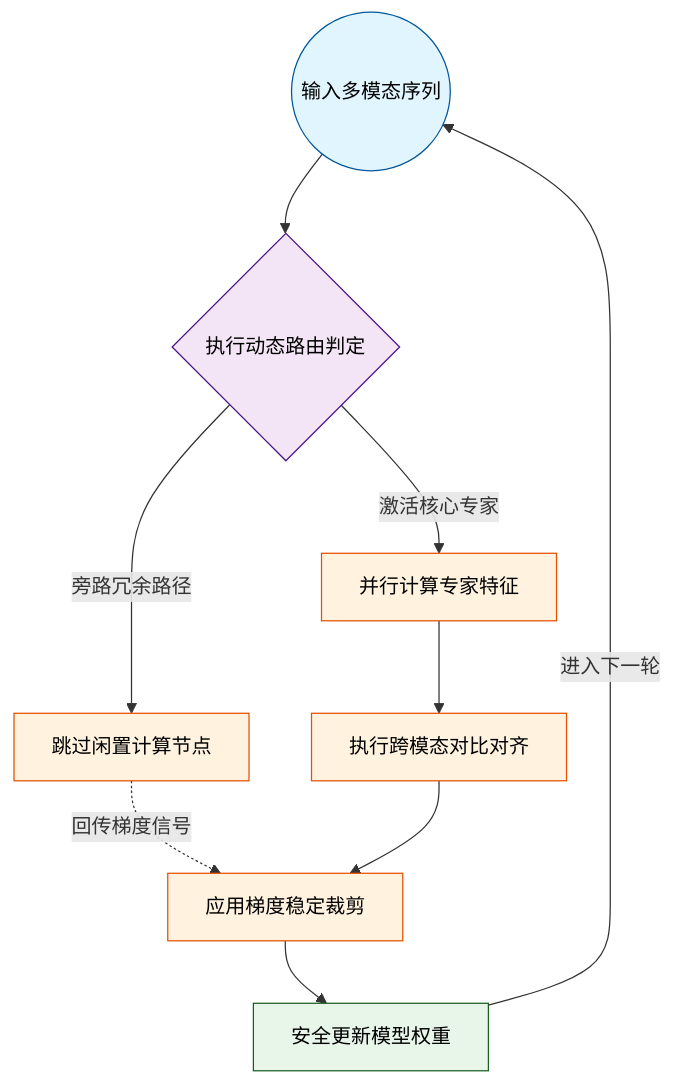
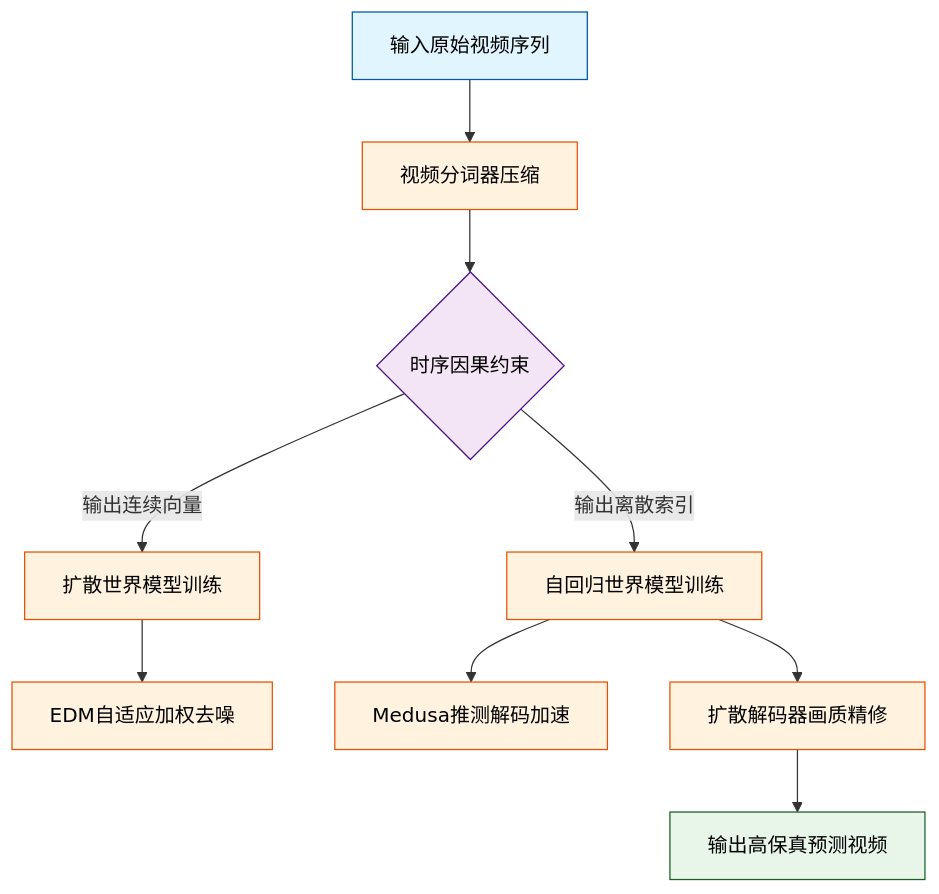
The second of 11 diagrams in person_vault/2026-06-08_CosmosWorldFoundationModelPlatformForPhysicalAI_2501.03575/report.md (ShinewineW/paper-rolling), drawn with Mermaid before and after one commit. The commit also changed other lines of this file and 51 other files, not shown here.

````diff
--- a/person_vault/2026-06-08_CosmosWorldFoundationModelPlatformForPhysicalAI_2501.03575/report.md
+++ b/person_vault/2026-06-08_CosmosWorldFoundationModelPlatformForPhysicalAI_2501.03575/report.md
@@ -92,16 +113,16 @@
 ```mermaid
 flowchart TD
-    classDef input fill:#e1f5fe,stroke:#01579b,color:#000;
-    classDef process fill:#fff3e0,stroke:#e65100,color:#000;
-    classDef output fill:#e8f5e9,stroke:#1b5e20,color:#000;
-    classDef decision fill:#f3e5f5,stroke:#4a148c,color:#000;
+    classDef input fill:#e1f5fe,color:#000,stroke:#01579b
+    classDef process fill:#fff3e0,color:#000,stroke:#e65100
+    classDef decision fill:#f3e5f5,color:#000,stroke:#4a148c
+    classDef output fill:#e8f5e9,color:#000,stroke:#1b5e20
 
-    start_node((输入多模态序列)):::input --> route_gate{执行动态路由判定}:::decision
-    route_gate -->|激活核心专家| expert_compute["并行计算专家特征"]:::process
-    route_gate -->|旁路冗余路径| bypass_nodes["跳过闲置计算节点"]:::process
-    expert_compute --> align_module["执行跨模态对比对齐"]:::process
-    bypass_nodes -.->|回传梯度信号| grad_clipper["应用梯度稳定裁剪"]:::process
-    align_module --> grad_clipper
-    grad_clipper --> update_weights["安全更新模型权重"]:::output
-    update_weights -->|进入下一轮| start_node
+    raw_video["输入原始视频序列"]:::input --> tokenizer["视频分词器压缩"]:::process
+    tokenizer --> causal_check{时序因果约束}:::decision
+    causal_check -->|输出连续向量| diff_wfm["扩散世界模型训练"]:::process
+    causal_check -->|输出离散索引| ar_wfm["自回归世界模型训练"]:::process
+    diff_wfm --> edm_loss["EDM自适应加权去噪"]:::process
+    ar_wfm --> medusa["Medusa推测解码加速"]:::process
+    ar_wfm --> diff_decoder["扩散解码器画质精修"]:::process
+    diff_decoder --> final_video["输出高保真预测视频"]:::output
 ```
````
